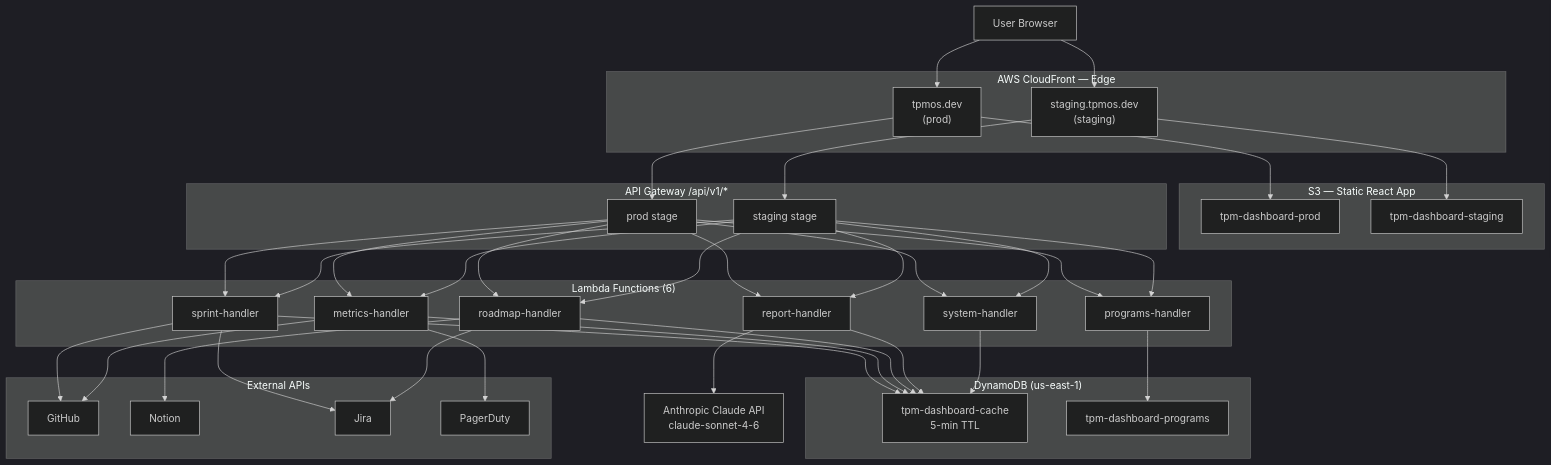
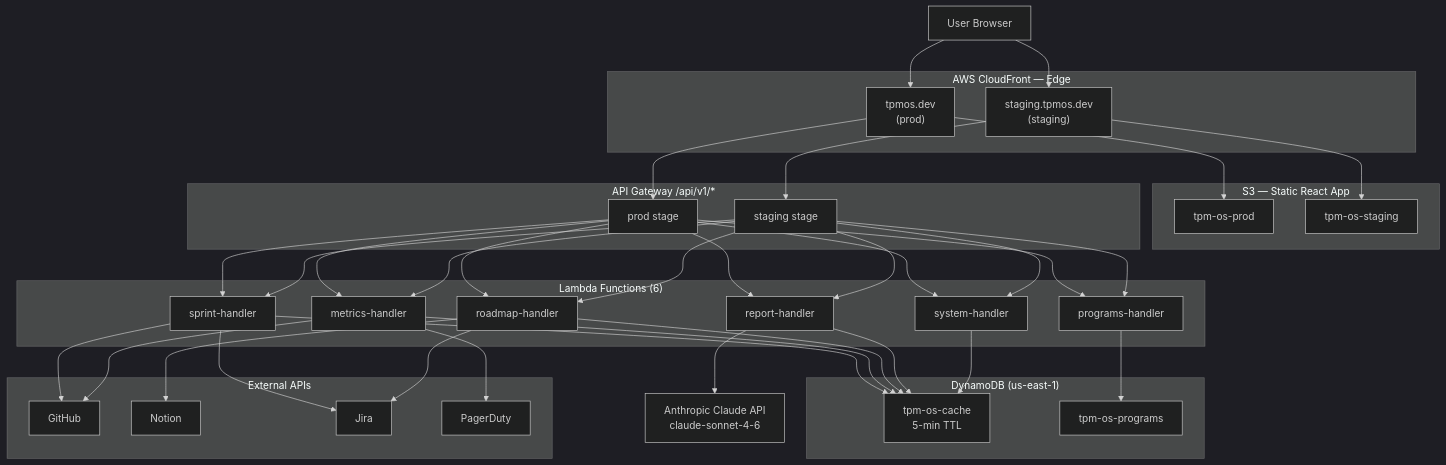
Before and after one commit to harshul88/tpm-dashboard: the first of 6 diagrams in ARCHITECTURE.md, drawn with Mermaid (dark theme). The commit also changed other lines of this file, not shown here.

First line of the commit message:
docs(architecture): redact sensitive AWS identifiers

````diff
--- a/ARCHITECTURE.md
+++ b/ARCHITECTURE.md
@@ -11,55 +11,55 @@
 ```mermaid
 graph TD
     Browser["User Browser"]
 
     subgraph CDN ["AWS CloudFront — Edge"]
         CF_P["tpmos.dev\n(prod)"]
         CF_S["staging.tpmos.dev\n(staging)"]
     end
 
     subgraph S3 ["S3 — Static React App"]
-        S3_P["tpm-dashboard-prod"]
-        S3_S["tpm-dashboard-staging"]
+        S3_P["tpm-os-prod"]
+        S3_S["tpm-os-staging"]
     end
 
     subgraph APIGW ["API Gateway  /api/v1/*"]
         GW_P["prod stage"]
         GW_S["staging stage"]
     end
 
     subgraph Lambda ["Lambda Functions (6)"]
         L_PGM["programs-handler"]
         L_SPR["sprint-handler"]
         L_MET["metrics-handler"]
         L_RDM["roadmap-handler"]
         L_RPT["report-handler"]
         L_SYS["system-handler"]
     end
 
     subgraph DDB ["DynamoDB (us-east-1)"]
-        DDB_C["tpm-dashboard-cache\n5-min TTL"]
-        DDB_P["tpm-dashboard-programs"]
+        DDB_C["tpm-os-cache\n5-min TTL"]
+        DDB_P["tpm-os-programs"]
     end
 
     subgraph External ["External APIs"]
         GH["GitHub"]
         NT["Notion"]
         JR["Jira"]
         PD["PagerDuty"]
     end
 
     Claude["Anthropic Claude API\nclaude-sonnet-4-6"]
 
     Browser --> CF_P & CF_S
     CF_P --> S3_P
     CF_S --> S3_S
     CF_P --> GW_P
     CF_S --> GW_S
     GW_P & GW_S --> L_PGM & L_SPR & L_MET & L_RDM & L_RPT & L_SYS
     L_PGM --> DDB_P
     L_SPR & L_MET & L_RDM & L_RPT & L_SYS --> DDB_C
     L_SPR --> GH & JR
     L_MET --> GH & PD
     L_RDM --> NT & JR
     L_RPT --> Claude
 ```
````
